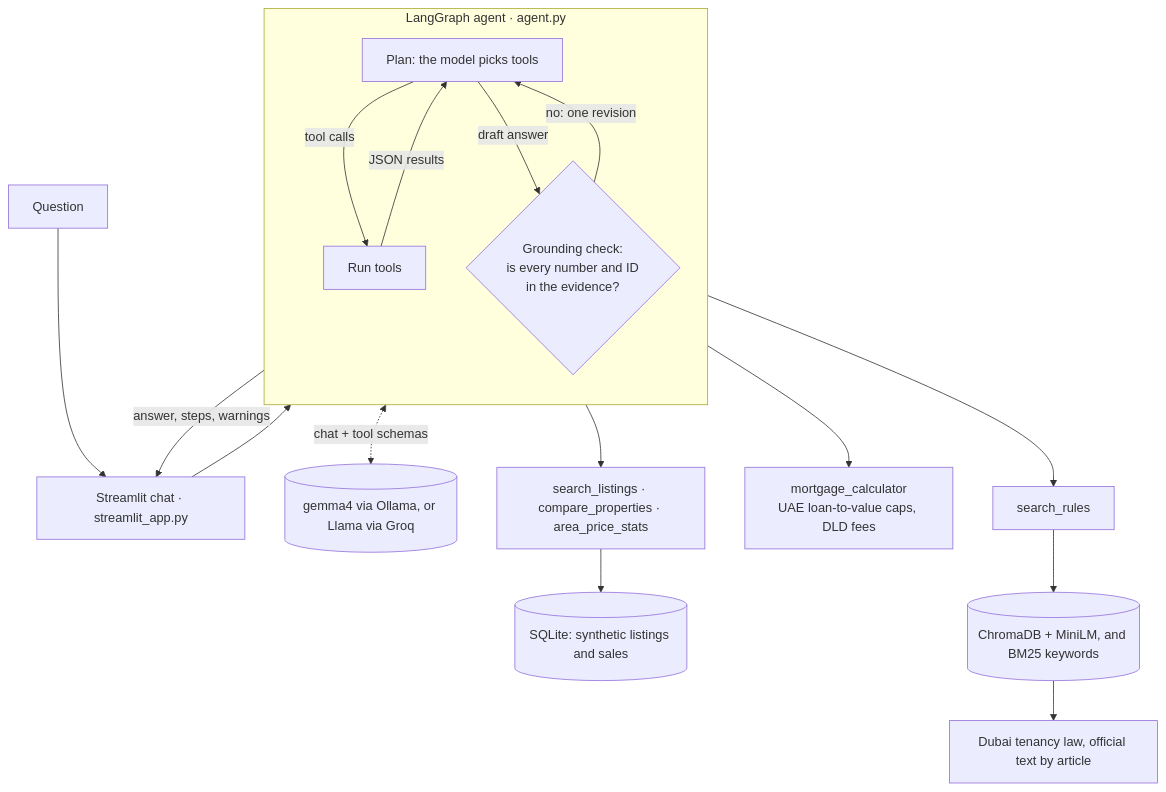
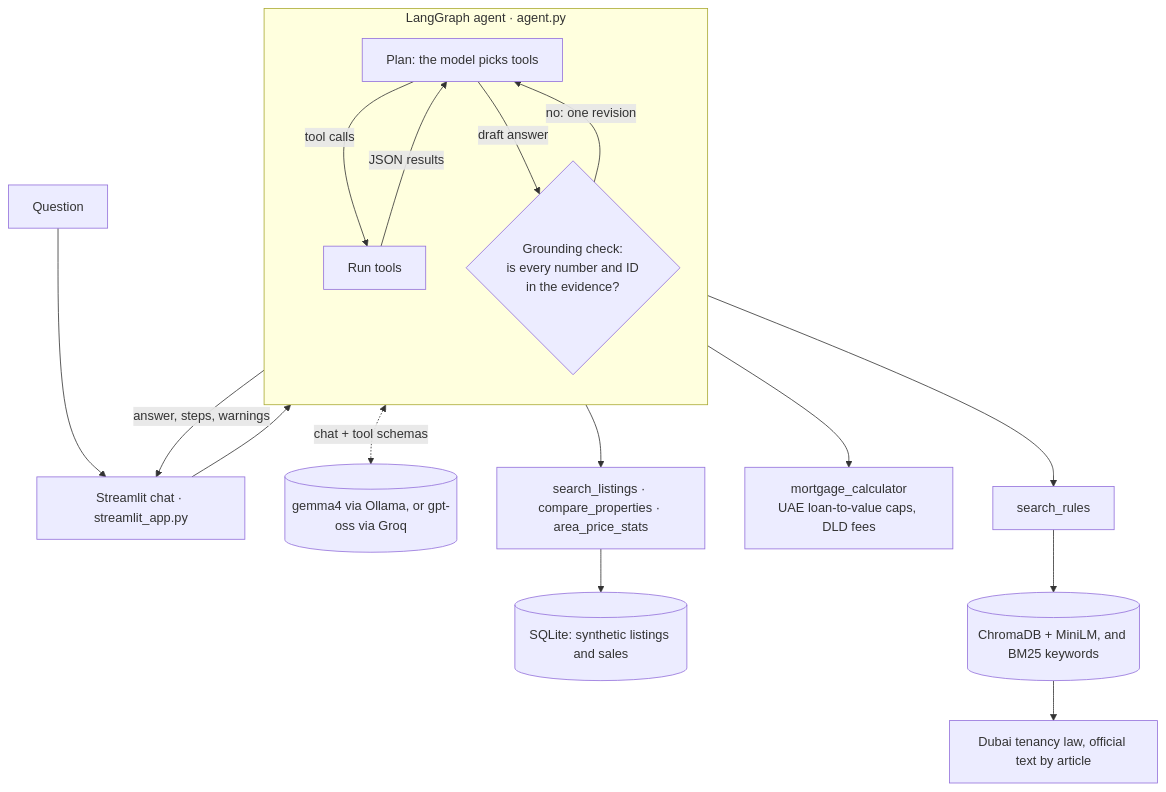
The diagram in README.md (arjun9669/EstateAgent-AI), drawn with Mermaid before and after one commit. The commit also changed other lines of this file and 4 other files, not shown here.

First line of the commit message:
Groq: default to gpt-oss-120b on the free plan

````diff
--- a/README.md
+++ b/README.md
@@ -48,23 +48,23 @@
 ```mermaid
 flowchart TB
     Q["Question"] --> UI["Streamlit chat · streamlit_app.py"]
     UI --> P
 
     subgraph AG["LangGraph agent · agent.py"]
         direction TB
         P["Plan: the model picks tools"] -- "tool calls" --> T["Run tools"]
         T -- "JSON results" --> P
         P -- "draft answer" --> G{"Grounding check:<br/>is every number and ID<br/>in the evidence?"}
         G -- "no: one revision" --> P
     end
 
-    P <-. "chat + tool schemas" .-> LLM[("gemma4 via Ollama, or Llama via Groq")]
+    P <-. "chat + tool schemas" .-> LLM[("gemma4 via Ollama, or gpt-oss via Groq")]
     G -- "answer, steps, warnings" --> UI
 
     T --> SL["search_listings · compare_properties · area_price_stats"]
     T --> MC["mortgage_calculator<br/>UAE loan-to-value caps, DLD fees"]
     T --> SR["search_rules"]
     SL --> DB[("SQLite: synthetic listings and sales")]
     SR --> IX[("ChromaDB + MiniLM, and BM25 keywords")]
     IX --> LAW["Dubai tenancy law, official text by article"]
 ```
````
